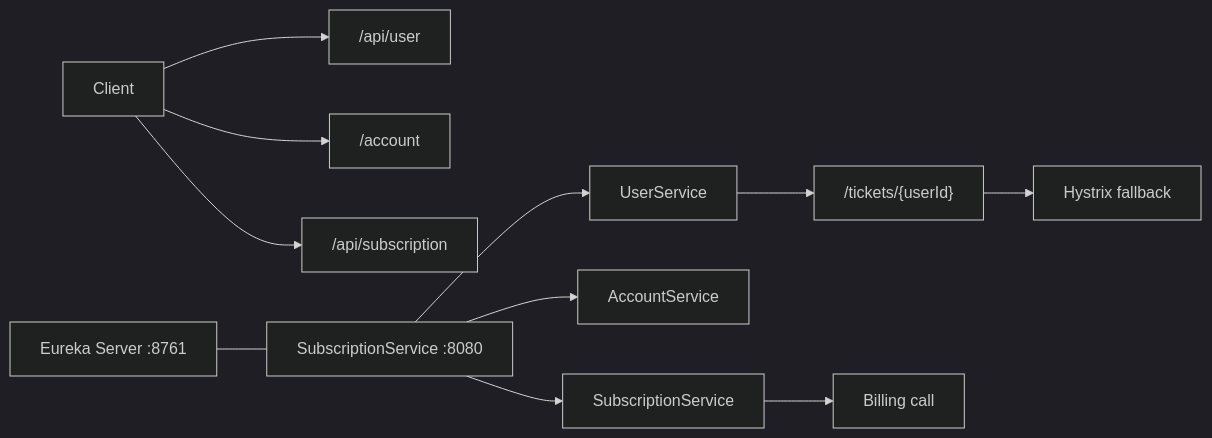
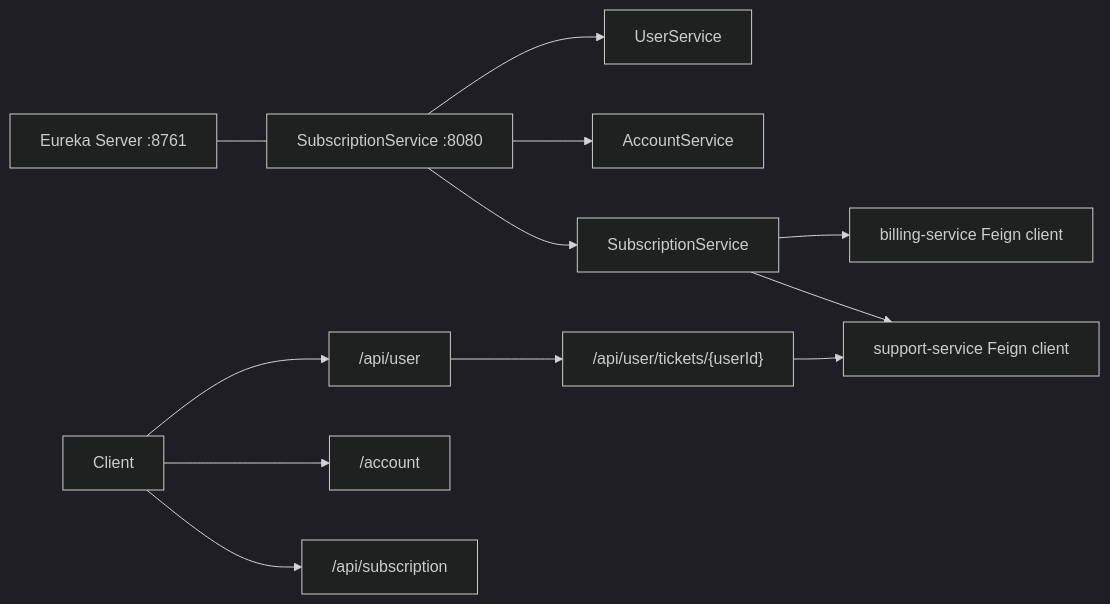
The diagram in README.md (byte2code/telecom-subscription-service), drawn with Mermaid (dark theme) before and after one commit. The commit also changed other lines of this file and 8 other files, not shown here.

````diff
--- a/README.md
+++ b/README.md
@@ -200,15 +191,16 @@
 ```mermaid
 flowchart LR
     Client[Client] --> UserAPI["/api/user"]
     Client --> AccountAPI["/account"]
     Client --> SubAPI["/api/subscription"]
 
     Eureka["Eureka Server :8761"] --- App["SubscriptionService :8080"]
     App --> UserService["UserService"]
     App --> AccountService["AccountService"]
     App --> SubService["SubscriptionService"]
 
-    UserService --> UserTickets["/tickets/{userId}"]
-    UserTickets --> Fallback["Hystrix fallback"]
-    SubService --> Billing["Billing call"]
+    SubService --> BillingClient["billing-service Feign client"]
+    SubService --> SupportClient["support-service Feign client"]
+    UserAPI --> Tickets["/api/user/tickets/{userId}"]
+    Tickets --> SupportClient
 ```
````
